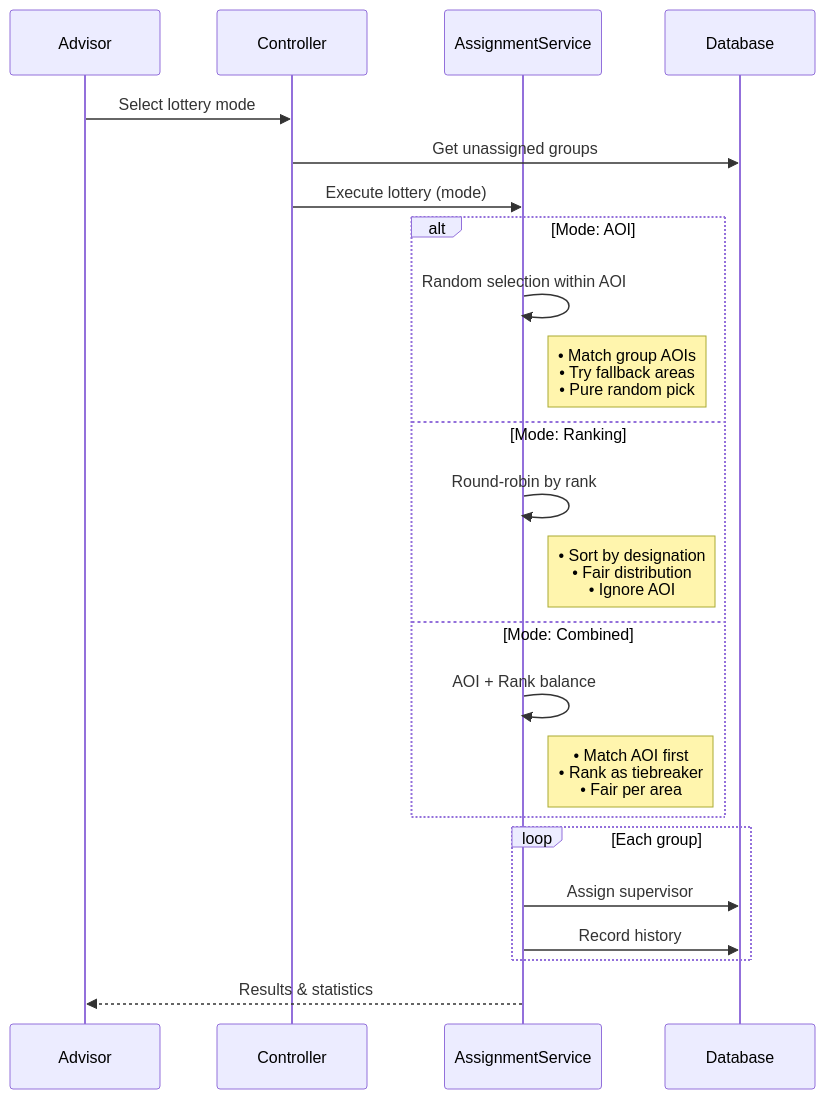
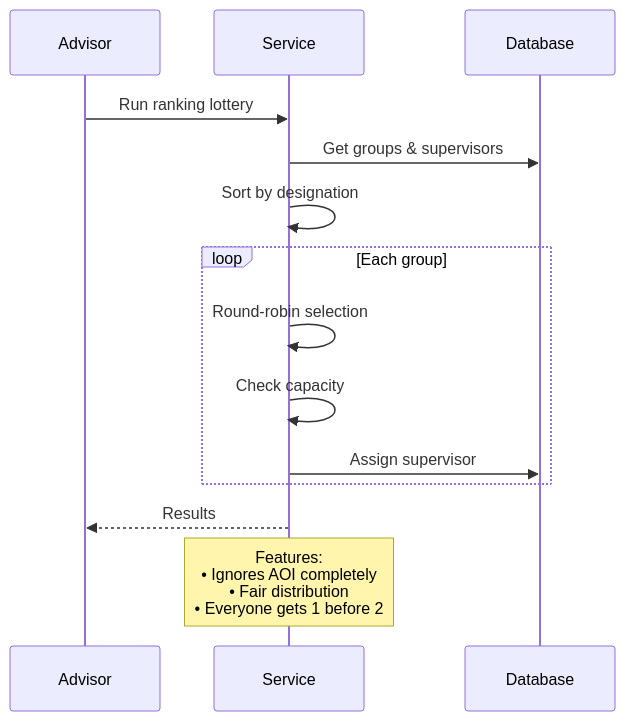
One commit to abdullah2323442/thesisrepo-backup changed diagram 15 of 32 in sequence.md. Above: the diagram before and after it, drawn with Mermaid. The commit also changed other lines of this file, not shown here.

Commit message:
refactor(supervisor-assignment): Revise lottery system to implement AOI-based, ranking-based, and combined assignment modes for enhanced supervisor allocation

````diff
--- a/sequence.md
+++ b/sequence.md
@@ -301,29 +323,20 @@
 ```mermaid
 sequenceDiagram
     participant Ad as Advisor
-    participant SAC as Controller
-    participant SAS as AssignmentService
+    participant SAS as Service
     participant DB as Database
 
-    Ad->>SAC: Select lottery mode
-    SAC->>DB: Get unassigned groups
-    SAC->>SAS: Execute lottery (mode)
+    Ad->>SAS: Run ranking lottery
+    SAS->>DB: Get groups & supervisors
+    SAS->>SAS: Sort by designation
     
-    alt Mode: AOI
-        SAS->>SAS: Random selection within AOI
-        Note right of SAS: • Match group AOIs<br/>• Try fallback areas<br/>• Pure random pick
-    else Mode: Ranking
-        SAS->>SAS: Round-robin by rank
-        Note right of SAS: • Sort by designation<br/>• Fair distribution<br/>• Ignore AOI
-    else Mode: Combined
-        SAS->>SAS: AOI + Rank balance
-        Note right of SAS: • Match AOI first<br/>• Rank as tiebreaker<br/>• Fair per area
+    loop Each group
+        SAS->>SAS: Round-robin selection
+        SAS->>SAS: Check capacity
+        SAS->>DB: Assign supervisor
     end
     
-    loop Each group
-        SAS->>DB: Assign supervisor
-        SAS->>DB: Record history
-    end
+    SAS-->>Ad: Results
     
-    SAS-->>Ad: Results & statistics
+    Note over SAS: Features:<br/>• Ignores AOI completely<br/>• Fair distribution<br/>• Everyone gets 1 before 2
 ```
````
